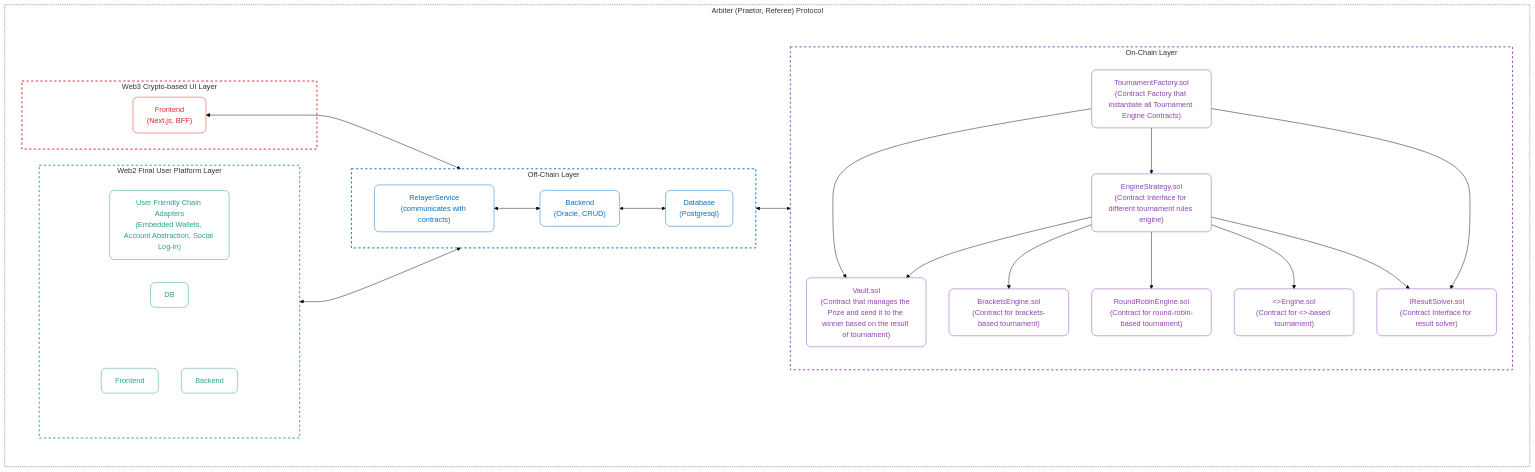
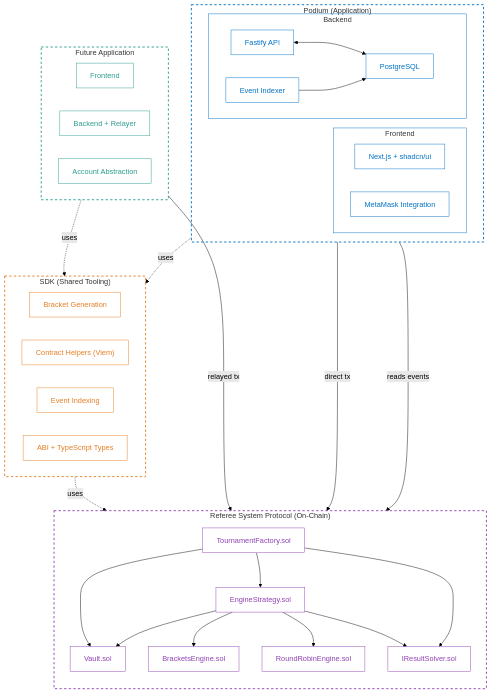
One commit to ricardovinicius/podium changed the diagram in docs/architecture/overview.md. Above: the diagram before and after it, drawn with Mermaid (forest theme). The commit also changed other lines of this file and 5 other files, not shown here.

Commit message:
docs: adopt three-layer architecture and define boundaries for protocol, SDK, and application layers

````diff
--- a/docs/architecture/overview.md
+++ b/docs/architecture/overview.md
@@ -9,77 +46,79 @@
 ```mermaid
 flowchart TD
-    subgraph Protocol["Arbiter (Praetor, Referee) Protocol"]
-        
-        subgraph OnChain["On-Chain Layer"]
-            direction TB
-            Vault["Vault.sol<br>(Contract that manages the Prize and send it to the winner based on the result of tournament)"]
-            Brackets["BracketsEngine.sol<br>(Contract for brackets-based tournament)"]
-            RoundRobin["RoundRobinEngine.sol<br>(Contract for round-robin-based tournament)"]
-            GenericEngine["<>Engine.sol<br>(Contract for <>-based tournament)"]
-            Strategy["EngineStrategy.sol<br>(Contract Interface for different tournament rules engine)"]
-            Factory["TournamentFactory.sol<br>(Contract Factory that instantiate all Tournament Engine Contracts)"]
-            Solver["IResultSolver.sol<br>(Contract Interface for result solver)"]
+    subgraph Protocol["Referee System Protocol (On-Chain)"]
+        direction TB
+        Factory["TournamentFactory.sol"]
+        Vault["Vault.sol"]
+        Strategy["EngineStrategy.sol"]
+        Brackets["BracketsEngine.sol"]
+        RoundRobin["RoundRobinEngine.sol"]
+        Solver["IResultSolver.sol"]
 
-            Factory --> Vault
-            Factory --> Strategy
-            Factory --> Solver
-            
-            Strategy --> Vault
-            Strategy --> Brackets
-            Strategy --> RoundRobin
-            Strategy --> GenericEngine
-            Strategy --> Solver
+        Factory --> Vault
+        Factory --> Strategy
+        Factory --> Solver
+
+        Strategy --> Vault
+        Strategy --> Brackets
+        Strategy --> RoundRobin
+        Strategy --> Solver
+    end
+
+    subgraph SDK["SDK (Shared Tooling)"]
+        direction LR
+        BracketGen["Bracket Generation"]
+        ContractHelpers["Contract Helpers (Viem)"]
+        EventParsing["Event Indexing"]
+        ABITypes["ABI + TypeScript Types"]
+    end
+
+    subgraph Podium["Podium (Application)"]
+        direction LR
+        subgraph PodiumFE["Frontend"]
+            Web3Front["Next.js + shadcn/ui"]
+            MetaMask["MetaMask Integration"]
         end
+        subgraph PodiumBE["Backend"]
+            API["Fastify API"]
+            Indexer["Event Indexer"]
+            DB["PostgreSQL"]
+        end
+        API <--> DB
+        Indexer --> DB
+    end
 
-        subgraph OffChain["Off-Chain Layer"]
-            direction LR
-            Relayer["RelayerService<br>(communicates with contracts)"]
-            OffBackend["Backend<br>(Oracle, CRUD)"]
-            OffDB["Database<br>(Postgresql)"]
+    subgraph FutureApp["Future Application"]
+        direction LR
+        W2Front["Frontend"]
+        W2Back["Backend + Relayer"]
+        W2Adapters["Account Abstraction"]
+    end
 
-            Relayer <--> OffBackend
-            OffBackend <--> OffDB
-        end
+    %% Cross-Layer Connections
+    SDK -.->|uses| Protocol
+    Podium -.->|uses| SDK
+    FutureApp -.->|uses| SDK
+    MetaMask -->|direct tx| Protocol
+    Indexer -->|reads events| Protocol
+    W2Adapters -->|relayed tx| Protocol
 
-        subgraph Web3["Web3 Crypto-based UI Layer"]
-            Web3Front["Frontend<br>(Next.js, BFF)"]
-        end
+    %% Styling
+    style Protocol stroke:#9042b3,stroke-width:2px,stroke-dasharray: 5 5,fill:none
+    style SDK stroke:#e67e22,stroke-width:2px,stroke-dasharray: 5 5,fill:none
+    style Podium stroke:#0071c5,stroke-width:2px,stroke-dasharray: 5 5,fill:none
+    style FutureApp stroke:#2a9d8f,stroke-width:2px,stroke-dasharray: 5 5,fill:none
+    style PodiumFE fill:none,stroke:#0071c5,stroke-width:1px
+    style PodiumBE fill:none,stroke:#0071c5,stroke-width:1px
 
-        subgraph Web2["Web2 Final User Platform Layer"]
-            direction LR
-            subgraph Web2Col1[" "]
-                style Web2Col1 fill:none,stroke:none
-                W2Front["Frontend"]
-                W2Back["Backend"]
-            end
-            subgraph Web2Col2[" "]
-                style Web2Col2 fill:none,stroke:none
-                W2Adapters["User Friendly Chain Adapters<br>(Embedded Wallets, Account Abstraction, Social Log-in)"]
-                W2DB["DB"]
-            end
-        end
+    classDef protocolNode fill:#fff,stroke:#9042b3,stroke-width:1px,color:#9042b3
+    class Factory,Vault,Strategy,Brackets,RoundRobin,Solver protocolNode
 
-        %% Cross-Layer Connections representing the boundary arrows
-        Relayer <-->| | Factory
-        Web3Front <-->| | Relayer
-        W2Adapters <-->| | OffDB
-    end
-    
-    %% Layer Styling to match diagram colors
-    style OnChain stroke:#9042b3,stroke-width:2px,stroke-dasharray: 5 5,fill:none
-    style OffChain stroke:#0071c5,stroke-width:2px,stroke-dasharray: 5 5,fill:none
-    style Web3 stroke:#d62828,stroke-width:2px,stroke-dasharray: 5 5,fill:none
-    style Web2 stroke:#2a9d8f,stroke-width:2px,stroke-dasharray: 5 5,fill:none
-    style Protocol stroke:#333,stroke-width:1px,stroke-dasharray: 2 2,fill:none
-    
-    %% Node Styling (Rounded rectangles matching the image)
-    classDef default fill:#fff,stroke:#0071c5,stroke-width:1px,color:#0071c5,rx:10,ry:10
-    class Vault,Brackets,RoundRobin,GenericEngine,Strategy,Factory,Solver onchainNode
-    classDef onchainNode fill:#fff,stroke:#9042b3,stroke-width:1px,color:#9042b3
-    
-    class Web3Front web3Node
-    classDef web3Node fill:#fff,stroke:#d62828,stroke-width:1px,color:#d62828
-    
-    class W2Front,W2Back,W2Adapters,W2DB web2Node
-    classDef web2Node fill:#fff,stroke:#2a9d8f,stroke-width:1px,color:#2a9d8f
+    classDef sdkNode fill:#fff,stroke:#e67e22,stroke-width:1px,color:#e67e22
+    class BracketGen,ContractHelpers,EventParsing,ABITypes sdkNode
+
+    classDef podiumNode fill:#fff,stroke:#0071c5,stroke-width:1px,color:#0071c5
+    class Web3Front,MetaMask,API,Indexer,DB podiumNode
+
+    classDef futureNode fill:#fff,stroke:#2a9d8f,stroke-width:1px,color:#2a9d8f
+    class W2Front,W2Back,W2Adapters futureNode
 ```
````
